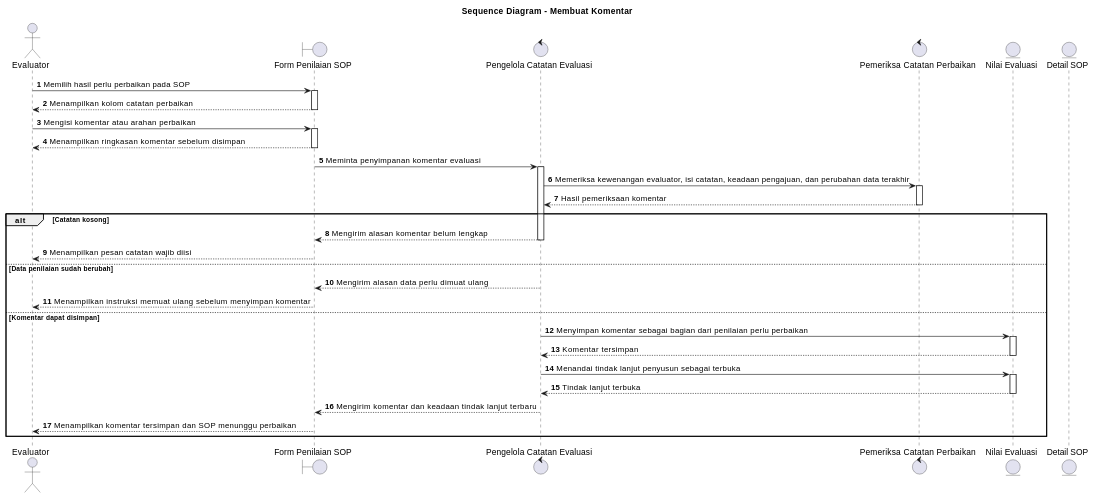
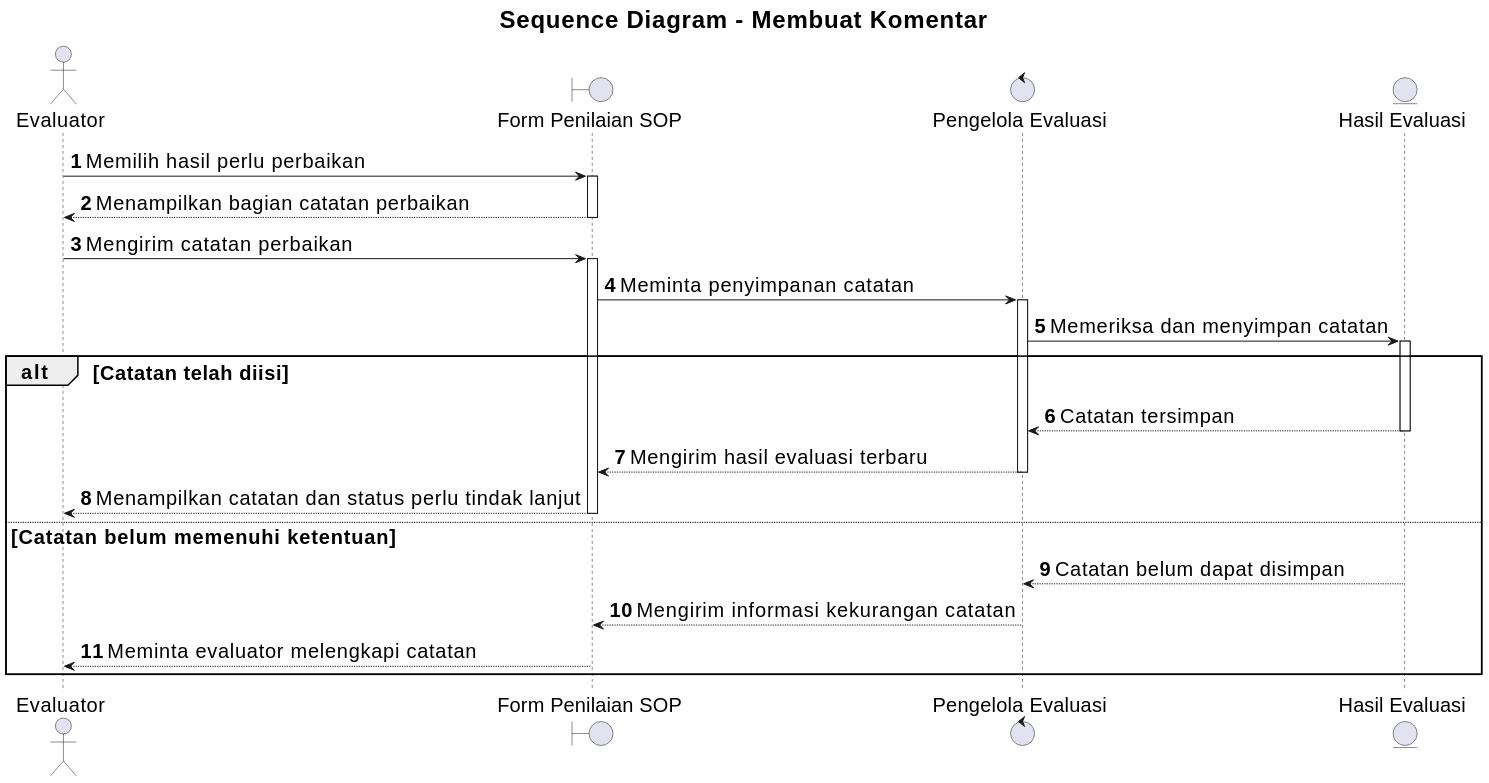
One commit to howlil/sop-generate-app changed the diagram in docs/sequence/lampiran/evaluator-membuat-komentar.md. Above: the diagram before and after it, drawn with PlantUML. The commit also changed other lines of this file and 20 other files, not shown here.

Commit message:
docs(sequence): align all sequence diagrams with use cases

````diff
--- a/docs/sequence/lampiran/evaluator-membuat-komentar.md
+++ b/docs/sequence/lampiran/evaluator-membuat-komentar.md
@@ -16,37 +16,33 @@
 ```plantuml
 @startuml
+skinparam defaultFontSize 20
+skinparam titleFontSize 24
+skinparam dpi 160
+
 title Sequence Diagram - Membuat Komentar
 autonumber
 autoactivate on
 
 actor "Evaluator" as A
 boundary "Form Penilaian SOP" as B
-control "Pengelola Catatan Evaluasi" as C
-control "Pemeriksa Catatan Perbaikan" as D
-entity "Nilai Evaluasi" as Nilai
-entity "Detail SOP" as DetailSOP
+control "Pengelola Evaluasi" as C
+entity "Hasil Evaluasi" as D
 
-A -> B : Memilih hasil perlu perbaikan pada SOP
-B --> A : Menampilkan kolom catatan perbaikan
-A -> B : Mengisi komentar atau arahan perbaikan
-B --> A : Menampilkan ringkasan komentar sebelum disimpan
-B -> C : Meminta penyimpanan komentar evaluasi
-C -> D : Memeriksa kewenangan evaluator, isi catatan, keadaan pengajuan, dan perubahan data terakhir
-D --> C : Hasil pemeriksaan komentar
-alt Catatan kosong
-  C --> B : Mengirim alasan komentar belum lengkap
-  B --> A : Menampilkan pesan catatan wajib diisi
-else Data penilaian sudah berubah
-  C --> B : Mengirim alasan data perlu dimuat ulang
-  B --> A : Menampilkan instruksi memuat ulang sebelum menyimpan komentar
-else Komentar dapat disimpan
-  C -> Nilai : Menyimpan komentar sebagai bagian dari penilaian perlu perbaikan
-  Nilai --> C : Komentar tersimpan
-  C -> Nilai : Menandai tindak lanjut penyusun sebagai terbuka
-  Nilai --> C : Tindak lanjut terbuka
-  C --> B : Mengirim komentar dan keadaan tindak lanjut terbaru
-  B --> A : Menampilkan komentar tersimpan dan SOP menunggu perbaikan
+A -> B : Memilih hasil perlu perbaikan
+B --> A : Menampilkan bagian catatan perbaikan
+A -> B : Mengirim catatan perbaikan
+B -> C : Meminta penyimpanan catatan
+C -> D : Memeriksa dan menyimpan catatan
+
+alt Catatan telah diisi
+  D --> C : Catatan tersimpan
+  C --> B : Mengirim hasil evaluasi terbaru
+  B --> A : Menampilkan catatan dan status perlu tindak lanjut
+else Catatan belum memenuhi ketentuan
+  D --> C : Catatan belum dapat disimpan
+  C --> B : Mengirim informasi kekurangan catatan
+  B --> A : Meminta evaluator melengkapi catatan
 end
 
 @enduml
 ```
````
